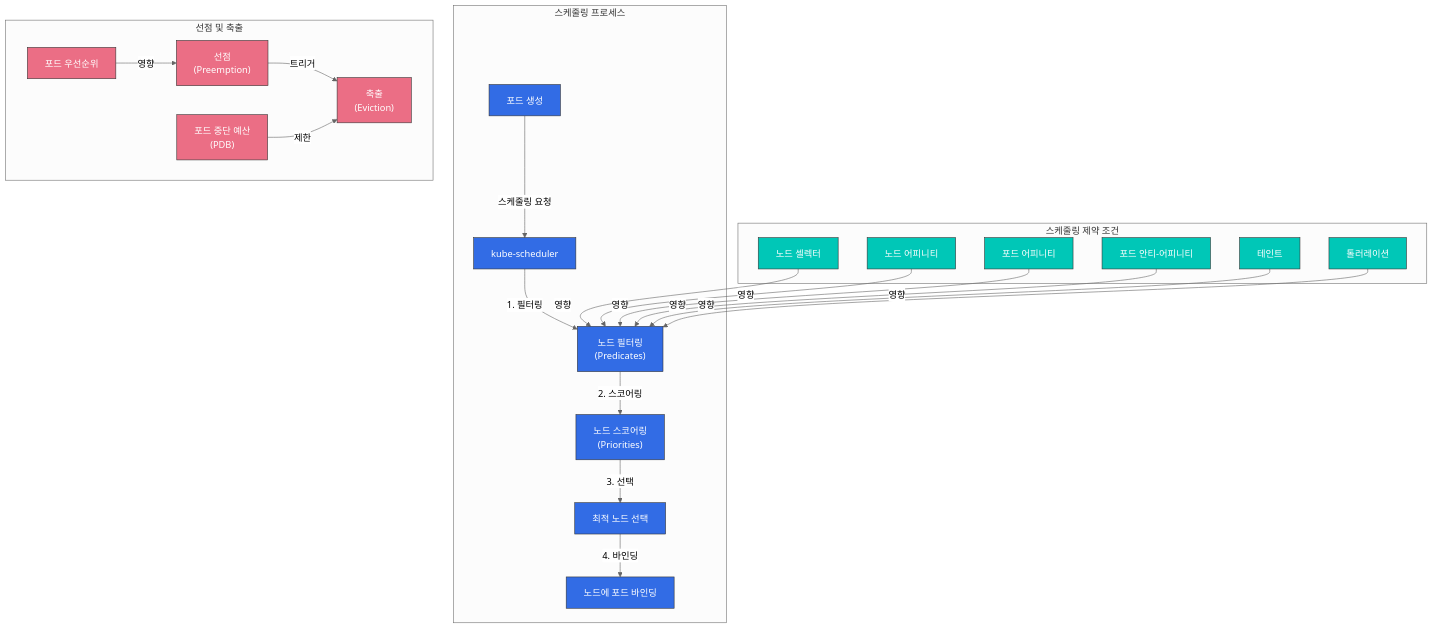
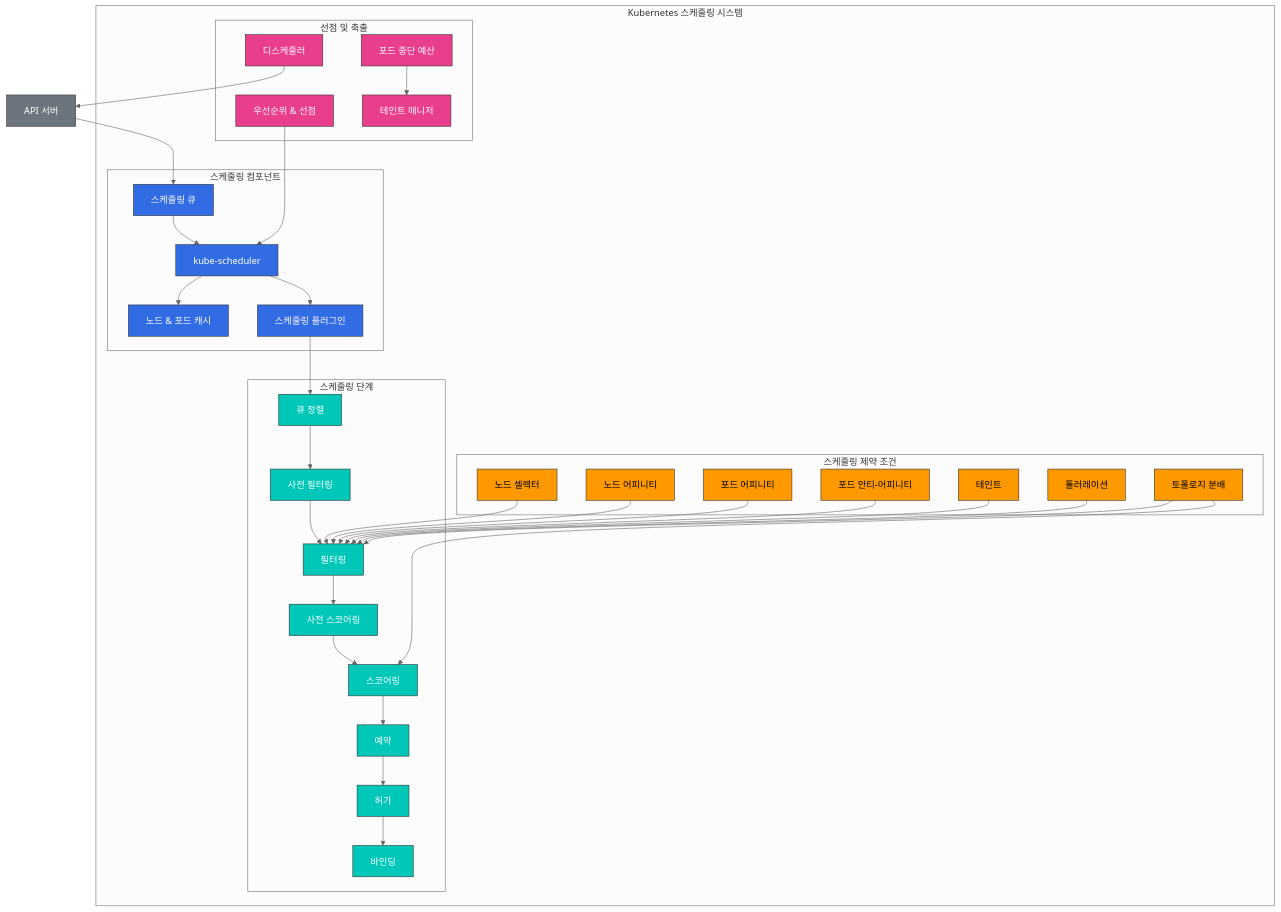
One commit to Atom-oh/kubernetes-docs changed the first of 8 diagrams in core/08-scheduling-preemption-eviction.md. Above: the diagram before and after it, drawn with Mermaid (neutral theme). The commit also changed other lines of this file, not shown here.

Commit message:
문서 개선: 스케줄링 문서에 실습 환경 설정, 상세 스케줄링 아키텍처 다이어그램 및 스케줄링 개념 비교 표 추가, 최신 Kubernetes 버전 반영

````diff
--- a/core/08-scheduling-preemption-eviction.md
+++ b/core/08-scheduling-preemption-eviction.md
@@ -5,47 +75,79 @@
 ```mermaid
 graph TD
-    subgraph "스케줄링 프로세스"
-        Pod["포드 생성"] -->|스케줄링 요청| Scheduler["kube-scheduler"]
-        Scheduler -->|1. 필터링| Filter["노드 필터링<br>(Predicates)"]
-        Filter -->|2. 스코어링| Score["노드 스코어링<br>(Priorities)"]
-        Score -->|3. 선택| Select["최적 노드 선택"]
-        Select -->|4. 바인딩| Bind["노드에 포드 바인딩"]
+    subgraph "Kubernetes 스케줄링 시스템"
+        subgraph "스케줄링 컴포넌트"
+            Scheduler["kube-scheduler"]
+            Queue["스케줄링 큐"]
+            Cache["노드 & 포드 캐시"]
+            Plugins["스케줄링 플러그인"]
+        end
+        
+        subgraph "스케줄링 단계"
+            QueueSort["큐 정렬"]
+            PreFilter["사전 필터링"]
+            Filter["필터링"]
+            PreScore["사전 스코어링"]
+            Score["스코어링"]
+            Bind["바인딩"]
+            Reserve["예약"]
+            Permit["허가"]
+        end
+        
+        subgraph "스케줄링 제약 조건"
+            NodeSelector["노드 셀렉터"]
+            NodeAffinity["노드 어피니티"]
+            PodAffinity["포드 어피니티"]
+            PodAntiAffinity["포드 안티-어피니티"]
+            Taints["테인트"]
+            Tolerations["톨러레이션"]
+            TopologySpread["토폴로지 분배"]
+        end
+        
+        subgraph "선점 및 축출"
+            Priority["우선순위 & 선점"]
+            PDB["포드 중단 예산"]
+            Descheduler["디스케줄러"]
+            TaintManager["테인트 매니저"]
+        end
     end
     
-    subgraph "스케줄링 제약 조건"
-        NodeSelector["노드 셀렉터"]
-        NodeAffinity["노드 어피니티"]
-        PodAffinity["포드 어피니티"]
-        PodAntiAffinity["포드 안티-어피니티"]
-        Taints["테인트"]
-        Tolerations["톨러레이션"]
-    end
+    API[API 서버] --> Queue
+    Queue --> Scheduler
+    Scheduler --> Cache
+    Scheduler --> Plugins
     
-    subgraph "선점 및 축출"
-        Priority["포드 우선순위"]
-        Preemption["선점<br>(Preemption)"]
-        Eviction["축출<br>(Eviction)"]
-        PDB["포드 중단 예산<br>(PDB)"]
-    end
+    Plugins --> QueueSort
+    QueueSort --> PreFilter
+    PreFilter --> Filter
+    Filter --> PreScore
+    PreScore --> Score
+    Score --> Reserve
+    Reserve --> Permit
+    Permit --> Bind
     
-    NodeSelector -->|영향| Filter
-    NodeAffinity -->|영향| Filter
-    PodAffinity -->|영향| Filter
-    PodAntiAffinity -->|영향| Filter
-    Taints -->|영향| Filter
-    Tolerations -->|영향| Filter
+    NodeSelector --> Filter
+    NodeAffinity --> Filter
+    PodAffinity --> Filter
+    PodAntiAffinity --> Filter
+    Taints --> Filter
+    Tolerations --> Filter
+    TopologySpread --> Filter & Score
     
-    Priority -->|영향| Preemption
-    Preemption -->|트리거| Eviction
-    PDB -->|제한| Eviction
+    Priority --> Scheduler
+    PDB --> TaintManager
+    Descheduler --> API
     
     %% 스타일 정의
-    classDef schedulingProcess fill:#326CE5,stroke:#333,stroke-width:1px,color:white;
-    classDef schedulingConstraint fill:#00C7B7,stroke:#333,stroke-width:1px,color:white;
-    classDef preemptionEviction fill:#EB6E85,stroke:#333,stroke-width:1px,color:white;
+    classDef component fill:#326CE5,stroke:#333,stroke-width:1px,color:white;
+    classDef stage fill:#00C7B7,stroke:#333,stroke-width:1px,color:white;
+    classDef constraint fill:#FF9900,stroke:#333,stroke-width:1px,color:black;
+    classDef disruption fill:#E83E8C,stroke:#333,stroke-width:1px,color:white;
+    classDef api fill:#6c757d,stroke:#333,stroke-width:1px,color:white;
     
     %% 클래스 적용
-    class Pod,Scheduler,Filter,Score,Select,Bind schedulingProcess;
-    class NodeSelector,NodeAffinity,PodAffinity,PodAntiAffinity,Taints,Tolerations schedulingConstraint;
-    class Priority,Preemption,Eviction,PDB preemptionEviction;
+    class Scheduler,Queue,Cache,Plugins component;
+    class QueueSort,PreFilter,Filter,PreScore,Score,Reserve,Permit,Bind stage;
+    class NodeSelector,NodeAffinity,PodAffinity,PodAntiAffinity,Taints,Tolerations,TopologySpread constraint;
+    class Priority,PDB,Descheduler,TaintManager disruption;
+    class API api;
 ```
````
